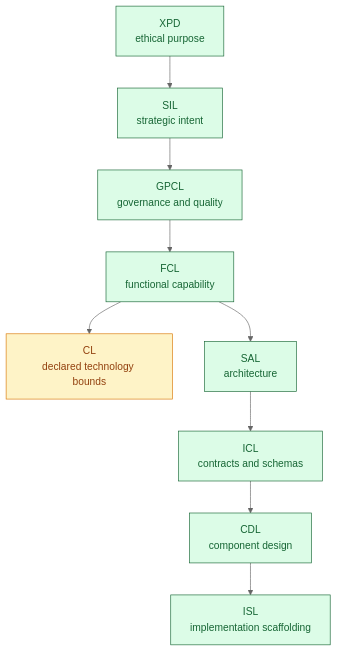
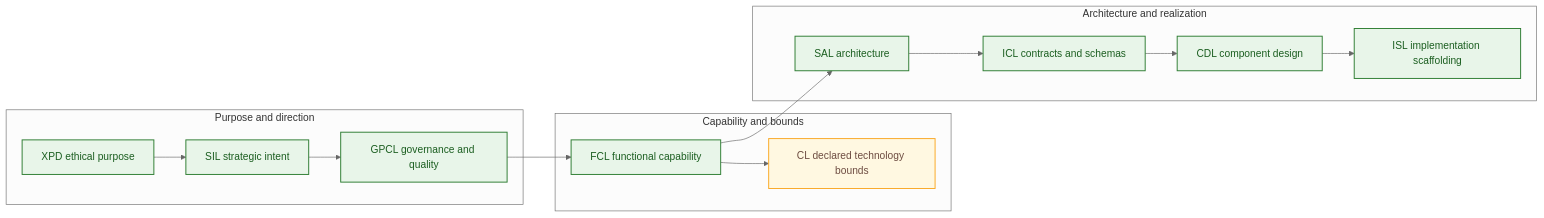
The tenth of 28 diagrams in .agent/assets/proposals/active/v6.3/ddr_ref_manual_v6.3.md (formosa/Antigravity), drawn with Mermaid (neutral theme) before and after one commit. The commit also changed other lines of this file and 76 other files, not shown here.

Commit message:
feat: formalize DDR system v6.2 and v6.3 proposals with issue resolution reports and updated schema definitions.

````diff
--- a/.agent/assets/proposals/active/v6.3/ddr_ref_manual_v6.3.md
+++ b/.agent/assets/proposals/active/v6.3/ddr_ref_manual_v6.3.md
@@ -627,20 +703,28 @@
 ```mermaid
-flowchart TD
-    XPD["XPD<br/>ethical purpose"]
-    SIL["SIL<br/>strategic intent"]
-    GPCL["GPCL<br/>governance and quality"]
-    FCL["FCL<br/>functional capability"]
-    CL["CL<br/>declared technology bounds"]
-    SAL["SAL<br/>architecture"]
-    ICL["ICL<br/>contracts and schemas"]
-    CDL["CDL<br/>component design"]
-    ISL["ISL<br/>implementation scaffolding"]
+flowchart LR
+    accTitle: Abstraction descent across active tiers
+    accDescr: Groups the DDR tiers into purpose, capability, and realization bands to show the system's downward abstraction path.
+    subgraph WHY["Purpose and direction"]
+        XPD["XPD ethical purpose"]
+        SIL["SIL strategic intent"]
+        GPCL["GPCL governance and quality"]
+    end
+    subgraph WHAT["Capability and bounds"]
+        FCL["FCL functional capability"]
+        CL["CL declared technology bounds"]
+    end
+    subgraph HOW["Architecture and realization"]
+        SAL["SAL architecture"]
+        ICL["ICL contracts and schemas"]
+        CDL["CDL component design"]
+        ISL["ISL implementation scaffolding"]
+    end
 
     XPD --> SIL --> GPCL --> FCL --> SAL --> ICL --> CDL --> ISL
     FCL --> CL
 
-    classDef normative fill:#dcfce7,stroke:#166534,color:#166534;
-    classDef caution fill:#fef3c7,stroke:#d97706,color:#92400e;
+    classDef normative fill:#e8f5e9,stroke:#2e7d32,color:#1b5e20,stroke-width:1.5px;
+    classDef caution fill:#fff8e1,stroke:#f9a825,color:#6d4c41,stroke-width:1.5px;
     class XPD,SIL,GPCL,FCL,SAL,ICL,CDL,ISL normative;
     class CL caution;
 ```
````
